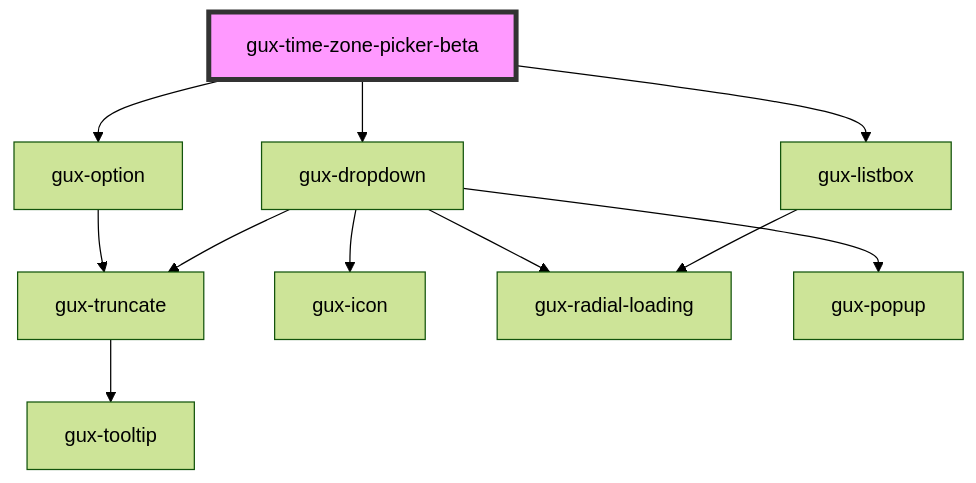
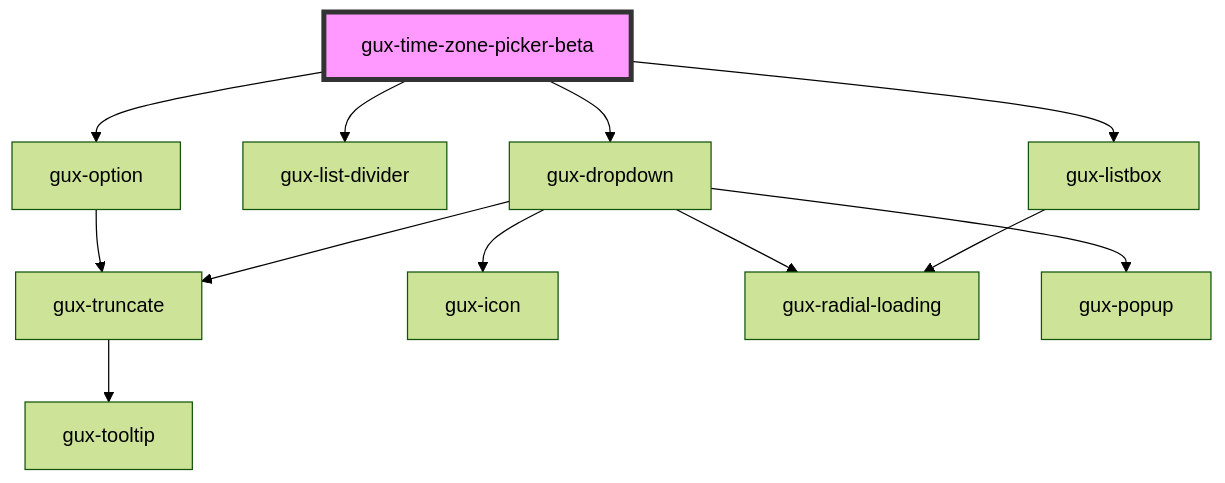
The diagram in packages/genesys-spark-components/src/components/beta/gux-time-zone-picker/readme.md (MyPureCloud/genesys-spark), drawn with Mermaid (forest theme) before and after one commit. The commit also changed other lines of this file and 18 other files, not shown here.

First line of the commit message:
feat(defaults for time zone picker): allows consumers to set a list of defaults for time zone picker

````diff
--- a/packages/genesys-spark-components/src/components/beta/gux-time-zone-picker/readme.md
+++ b/packages/genesys-spark-components/src/components/beta/gux-time-zone-picker/readme.md
@@ -24,14 +27,15 @@
 ```mermaid
 graph TD;
   gux-time-zone-picker-beta --> gux-option
+  gux-time-zone-picker-beta --> gux-list-divider
   gux-time-zone-picker-beta --> gux-dropdown
   gux-time-zone-picker-beta --> gux-listbox
   gux-option --> gux-truncate
   gux-truncate --> gux-tooltip
   gux-dropdown --> gux-truncate
   gux-dropdown --> gux-icon
   gux-dropdown --> gux-radial-loading
   gux-dropdown --> gux-popup
   gux-listbox --> gux-radial-loading
   style gux-time-zone-picker-beta fill:#f9f,stroke:#333,stroke-width:4px
 ```
````
